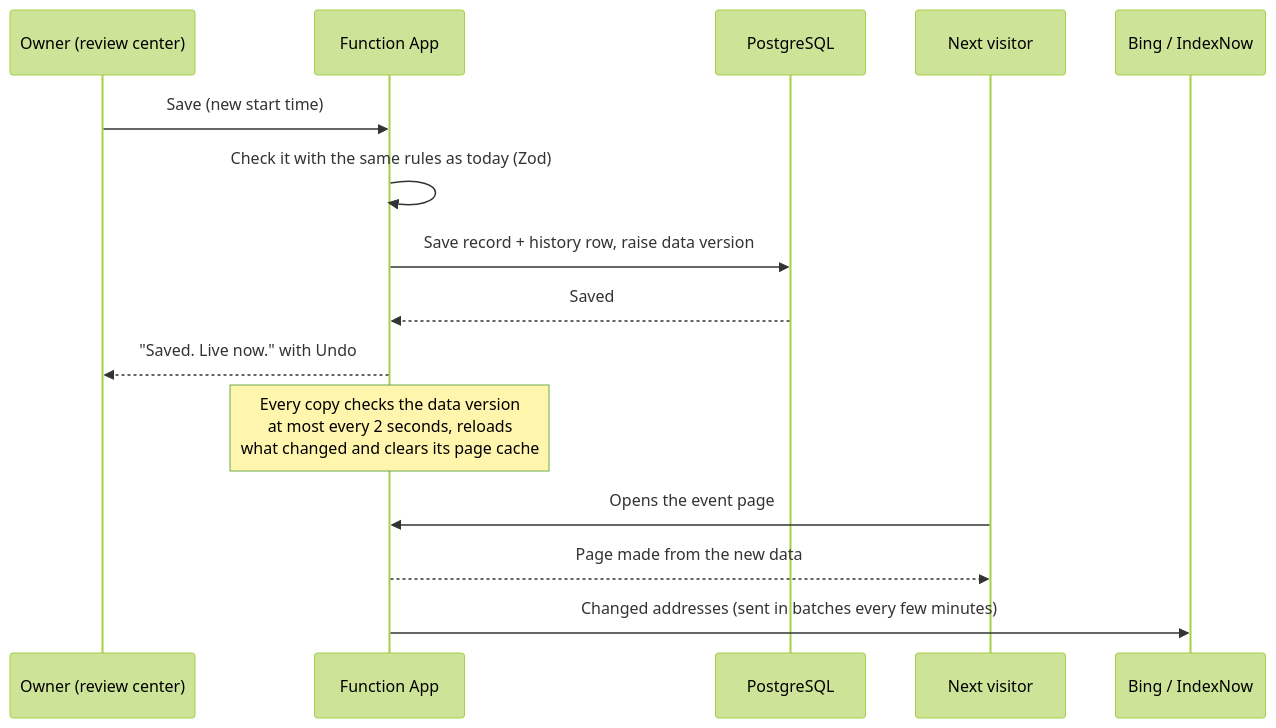
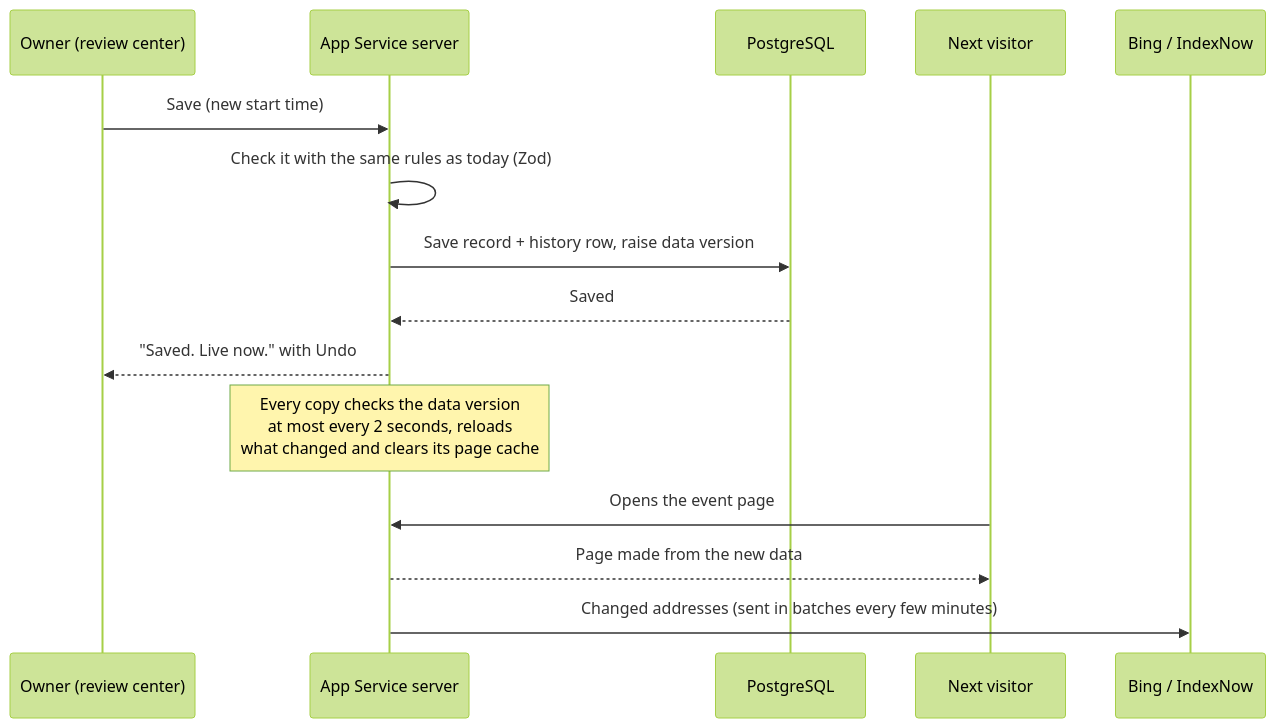
The third of 6 diagrams in docs/proposals/postgres-live-site.md (michaelsrichter/long-island-dance-events), drawn with Mermaid (forest theme) before and after one commit. The commit also changed other lines of this file and 55 other files, not shown here.

First line of the commit message:
Phase 2: pages made on request by an App Service server (P58)

````diff
--- a/docs/proposals/postgres-live-site.md
+++ b/docs/proposals/postgres-live-site.md
@@ -151,17 +154,17 @@
 ```mermaid
 sequenceDiagram
   participant O as Owner (review center)
-  participant F as Function App
+  participant F as App Service server
   participant DB as PostgreSQL
   participant V as Next visitor
   participant S as Bing / IndexNow
   O->>F: Save (new start time)
   F->>F: Check it with the same rules as today (Zod)
   F->>DB: Save record + history row, raise data version
   DB-->>F: Saved
   F-->>O: "Saved. Live now." with Undo
   Note over F: Every copy checks the data version<br/>at most every 2 seconds, reloads<br/>what changed and clears its page cache
   V->>F: Opens the event page
   F-->>V: Page made from the new data
   F->>S: Changed addresses (sent in batches every few minutes)
 ```
````
